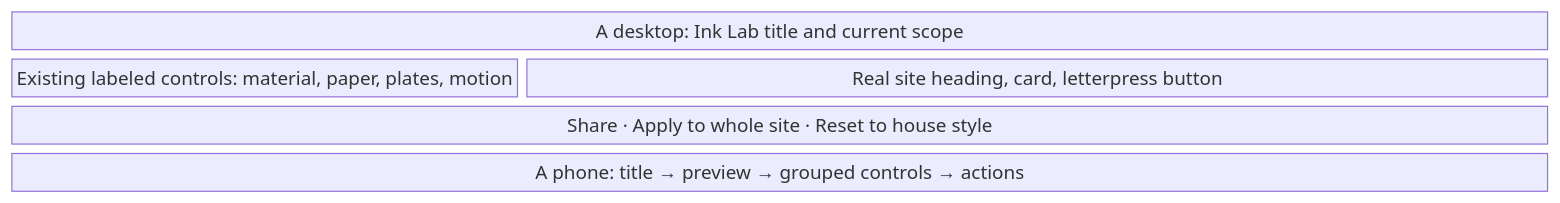
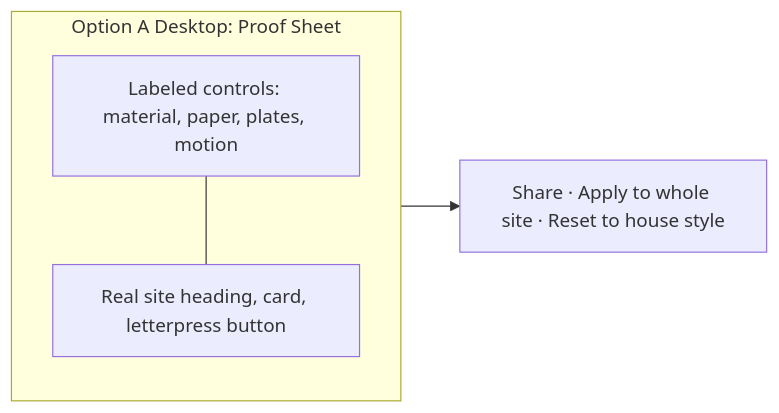
Before and after one commit to quiinthieu/otohime: the first of 3 diagrams in projects/otohime-dev-riso-print-shop-ink-lab-1-riso-print-shop-headin/plan.md, drawn with Mermaid. The commit also changed other lines of this file, not shown here.

Commit message:
pm-268/run-9245: Replan Riso headings Kame hydration fix and Ink Lab

````diff
--- a/projects/otohime-dev-riso-print-shop-ink-lab-1-riso-print-shop-headin/plan.md
+++ b/projects/otohime-dev-riso-print-shop-ink-lab-1-riso-print-shop-headin/plan.md
@@ -65,9 +92,7 @@
 ```mermaid
-block-beta
-  columns 3
-  title["A desktop: Ink Lab title and current scope"]:3
-  controls["Existing labeled controls: material, paper, plates, motion"]:1
-  preview["Real site heading, card, letterpress button"]:2
-  actions["Share · Apply to whole site · Reset to house style"]:3
-  phone["A phone: title → preview → grouped controls → actions"]:3
+flowchart LR
+  subgraph Desktop["Option A Desktop: Proof Sheet"]
+    Controls["Labeled controls: material, paper, plates, motion"] --- Preview["Real site heading, card, letterpress button"]
+  end
+  Desktop --> Actions["Share · Apply to whole site · Reset to house style"]
 ```
````
